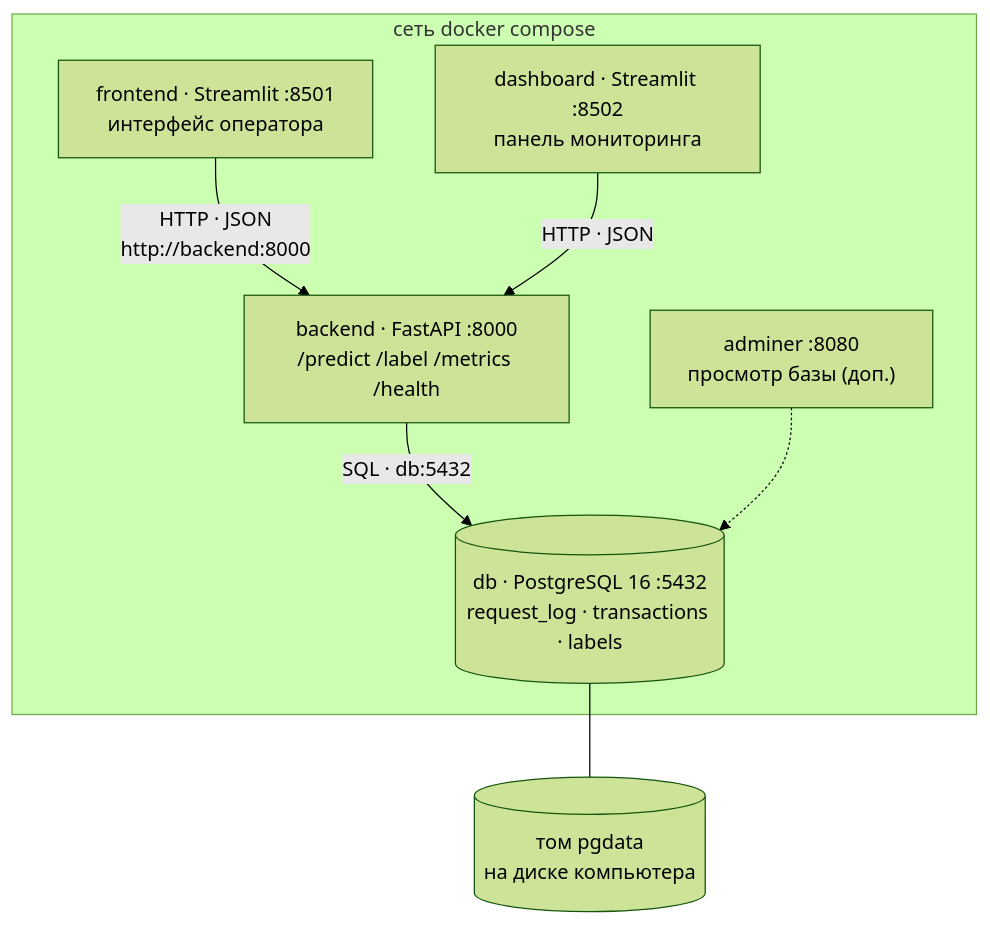
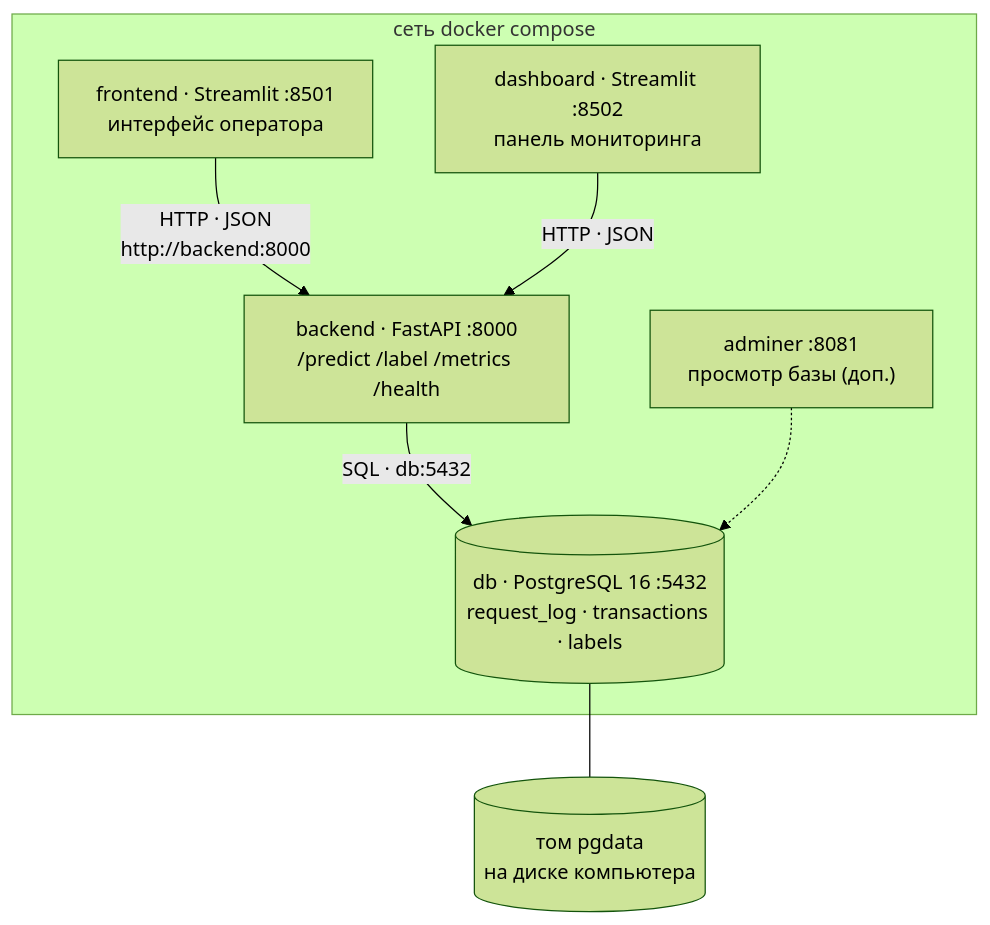
Before and after one commit to liyaaal/antifraud: the diagram in docs/ПОДРОБНО.md, drawn with Mermaid (forest theme). The commit also changed other lines of this file and 7 other files, not shown here.

````diff
--- a/docs/ПОДРОБНО.md
+++ b/docs/ПОДРОБНО.md
@@ -57,15 +57,15 @@
 ```mermaid
 flowchart TB
   subgraph net["сеть docker compose"]
     FE["frontend · Streamlit :8501<br/>интерфейс оператора"]
     DB_UI["dashboard · Streamlit :8502<br/>панель мониторинга"]
     BE["backend · FastAPI :8000<br/>/predict /label /metrics /health"]
     PG[("db · PostgreSQL 16 :5432<br/>request_log · transactions · labels")]
-    AD["adminer :8080<br/>просмотр базы (доп.)"]
+    AD["adminer :8081<br/>просмотр базы (доп.)"]
     FE -- "HTTP · JSON<br/>http://backend:8000" --> BE
     DB_UI -- "HTTP · JSON" --> BE
     BE -- "SQL · db:5432" --> PG
     AD -.-> PG
   end
   PG --- VOL[("том pgdata<br/>на диске компьютера")]
 ```
````
